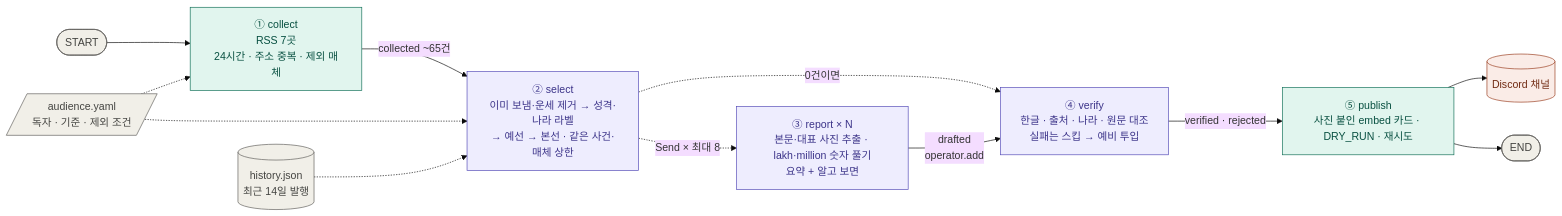
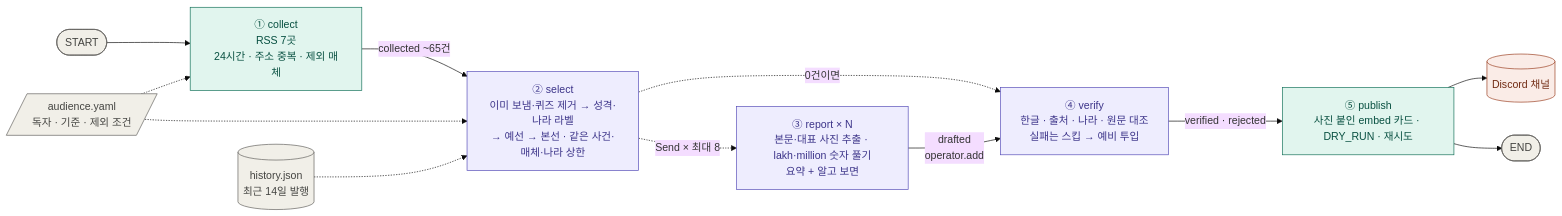
One commit to rome777/newsletter-agent changed the diagram in REPORT.md. Above: the diagram before and after it, drawn with Mermaid (base theme). The commit also changed other lines of this file and 5 other files, not shown here.

````diff
--- a/REPORT.md
+++ b/REPORT.md
@@ -184,24 +188,24 @@
 ```mermaid
 flowchart LR
     S([START]) --> C["① collect<br/>RSS 7곳<br/>24시간 · 주소 중복 · 제외 매체"]
-    C -->|collected ~65건| SE["② select<br/>이미 보냄·운세 제거 → 성격·나라 라벨<br/>→ 예선 → 본선 · 같은 사건·매체 상한"]
+    C -->|collected ~65건| SE["② select<br/>이미 보냄·퀴즈 제거 → 성격·나라 라벨<br/>→ 예선 → 본선 · 같은 사건·매체·나라 상한"]
     SE -.->|Send × 최대 8| R["③ report × N<br/>본문·대표 사진 추출 · lakh·million 숫자 풀기<br/>요약 + 알고 보면"]
     SE -.->|0건이면| V
     R -->|drafted<br/>operator.add| V["④ verify<br/>한글 · 출처 · 나라 · 원문 대조<br/>실패는 스킵 → 예비 투입"]
     V -->|verified · rejected| P["⑤ publish<br/>사진 붙인 embed 카드 · DRY_RUN · 재시도"]
     P --> D[("Discord 채널")]
     P --> E([END])
 
     Y[/"audience.yaml<br/>독자 · 기준 · 제외 조건"/] -.-> C
     Y -.-> SE
     H[("history.json<br/>최근 14일 발행")] -.-> SE
 
     classDef llm fill:#EEEDFE,stroke:#534AB7,color:#3C3489
     classDef code fill:#E1F5EE,stroke:#0F6E56,color:#085041
     classDef out fill:#FAECE7,stroke:#993C1D,color:#712B13
     classDef term fill:#F1EFE8,stroke:#5F5E5A,color:#444441
     class SE,R,V llm
     class C,P code
     class D out
     class S,E,Y,H term
 ```
````
